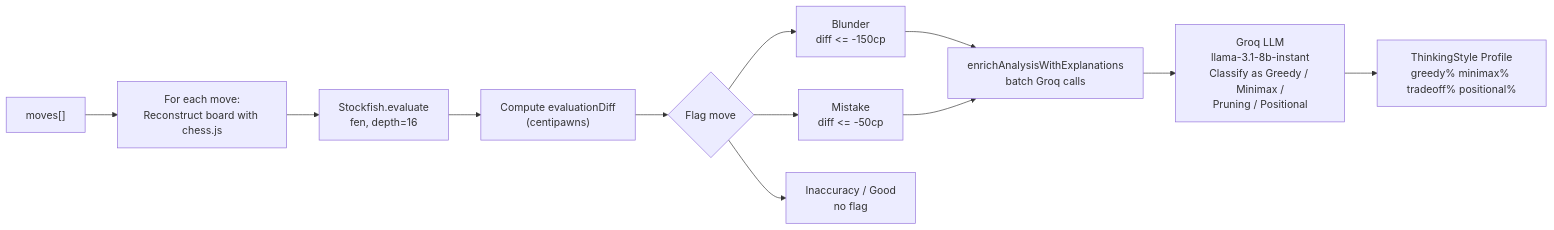
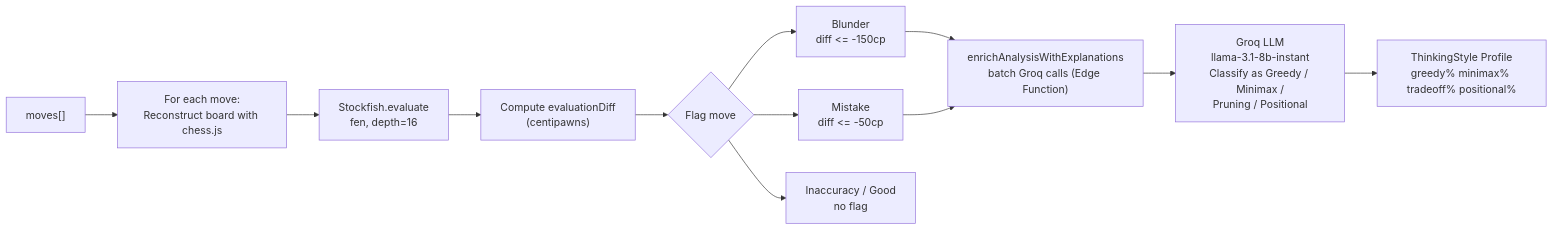
Before and after one commit to n6s8/nfac-chess: the second of 7 diagrams in README.md, drawn with Mermaid. The commit also changed other lines of this file and 7 other files, not shown here.

````diff
--- a/README.md
+++ b/README.md
@@ -124,22 +129,22 @@
 ```mermaid
 flowchart LR
     Moves["moves[]"]
     Loop["For each move:\nReconstruct board with chess.js"]
     SF2["Stockfish.evaluate\nfen, depth=16"]
     Delta["Compute evaluationDiff\n(centipawns)"]
     Flag{"Flag move"}
     Blunder["Blunder\ndiff <= -150cp"]
     Mistake["Mistake\ndiff <= -50cp"]
     Good["Inaccuracy / Good\nno flag"]
-    Enrich["enrichAnalysisWithExplanations\nbatch Groq calls"]
+    Enrich["enrichAnalysisWithExplanations\nbatch Groq calls (Edge Function)"]
     LLM2["Groq LLM\nllama-3.1-8b-instant\nClassify as Greedy / Minimax /\nPruning / Positional"]
     Profile["ThinkingStyle Profile\ngreedy% minimax% tradeoff% positional%"]
 
     Moves --> Loop --> SF2 --> Delta --> Flag
     Flag --> Blunder
     Flag --> Mistake
     Flag --> Good
     Blunder --> Enrich
     Mistake --> Enrich
     Enrich --> LLM2 --> Profile
 ```
````
